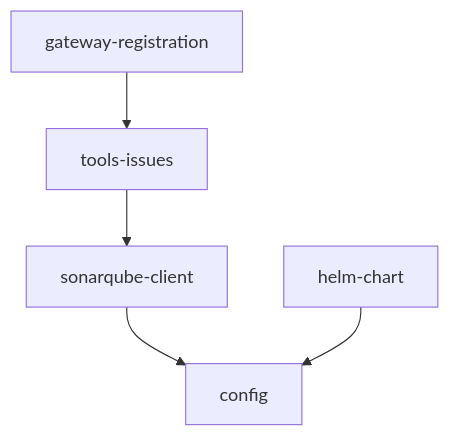
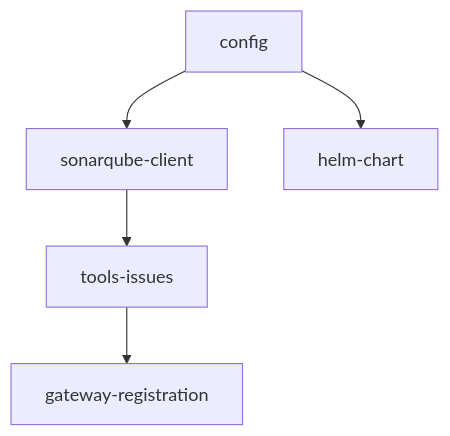
Before and after one commit to roygabriel/sonar-mcp: the diagram in docs/PLAN.md, drawn with Mermaid. The commit also changed other lines of this file and 4 other files, not shown here.

````diff
--- a/docs/PLAN.md
+++ b/docs/PLAN.md
@@ -19,7 +11,7 @@
 ```mermaid
 graph TD
-    sonarqube-client --> config
-    tools-issues --> sonarqube-client
-    helm-chart --> config
-    gateway-registration --> tools-issues
+    config[config] --> sonarqube-client[sonarqube-client]
+    sonarqube-client --> tools-issues[tools-issues]
+    tools-issues --> gateway-registration[gateway-registration]
+    config --> helm-chart[helm-chart]
 ```
````
